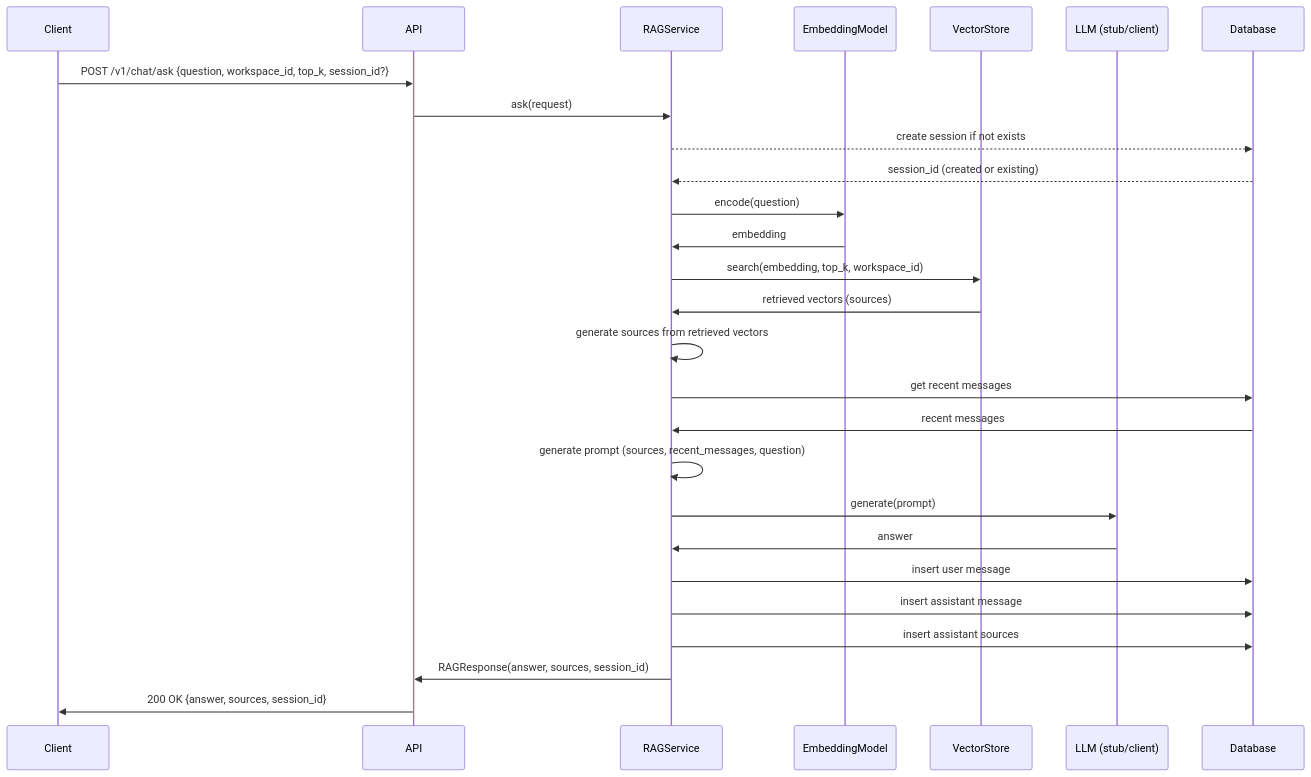
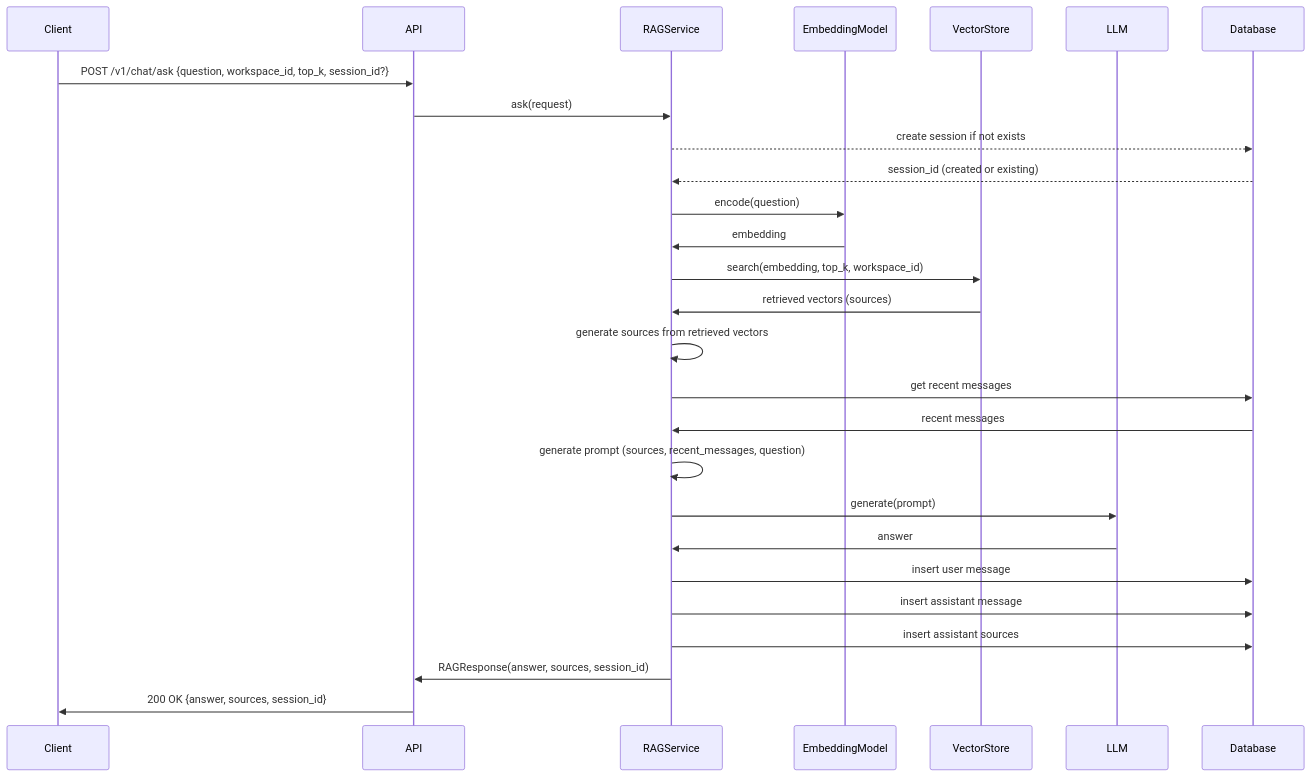
The second of 2 diagrams in ARCHITECTURE.md (Lunarskii/ingestion-service), drawn with Mermaid before and after one commit. The commit also changed other lines of this file and 265 other files, not shown here.

````diff
--- a/ARCHITECTURE.md
+++ b/ARCHITECTURE.md
@@ -275,36 +424,36 @@
 ```mermaid
 sequenceDiagram
     participant Client
     participant API
     participant RAGService
     participant EmbeddingModel
     participant VectorStore
-    participant LLM as LLM (stub/client)
+    participant LLM
     participant DB as Database
 
     Client->>API: POST /v1/chat/ask {question, workspace_id, top_k, session_id?}
     API->>RAGService: ask(request)
     
     RAGService-->>DB: create session if not exists
     DB-->>RAGService: session_id (created or existing)
     
     RAGService->>EmbeddingModel: encode(question)
     EmbeddingModel->>RAGService: embedding
     RAGService->>VectorStore: search(embedding, top_k, workspace_id)
     VectorStore->>RAGService: retrieved vectors (sources)
     RAGService->>RAGService: generate sources from retrieved vectors
     
     RAGService->>DB: get recent messages
     DB->>RAGService: recent messages
 
     RAGService->>RAGService: generate prompt (sources, recent_messages, question)
     RAGService->>LLM: generate(prompt)
     LLM->>RAGService: answer
     
     RAGService->>DB: insert user message
     RAGService->>DB: insert assistant message
     RAGService->>DB: insert assistant sources
     
     RAGService->>API: RAGResponse(answer, sources, session_id)
     API->>Client: 200 OK {answer, sources, session_id}
 ```
````
